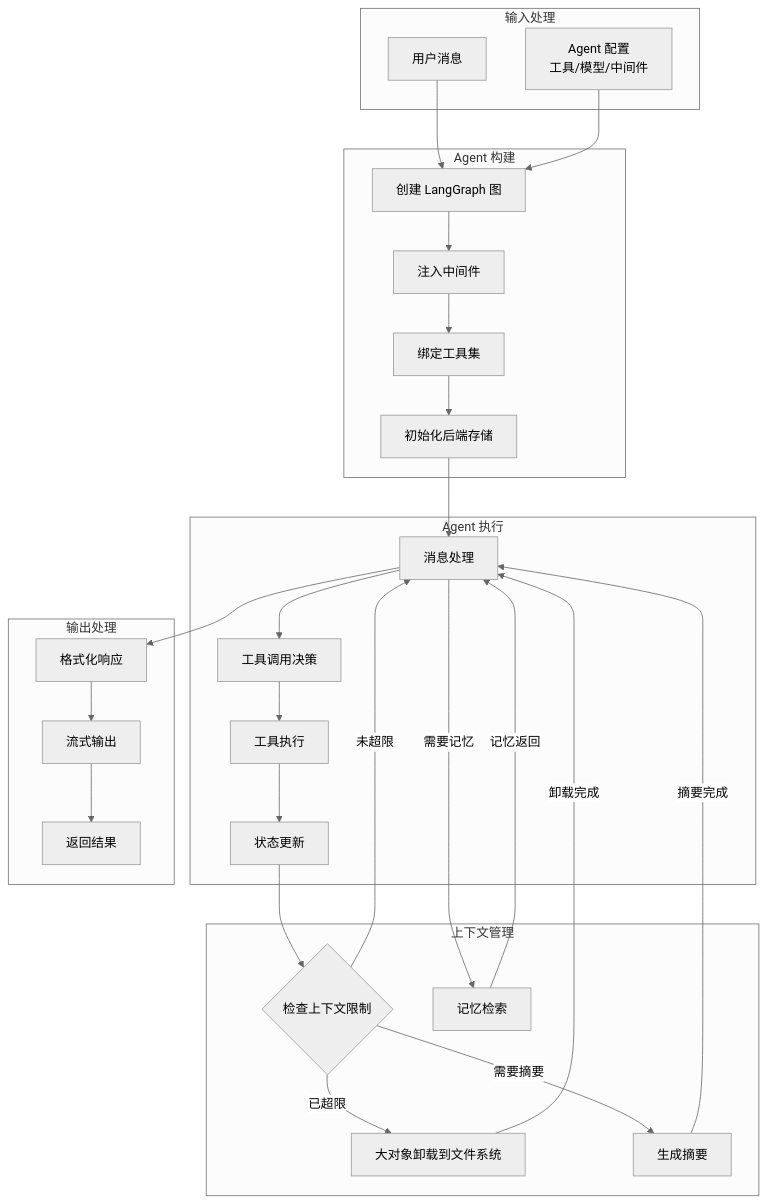
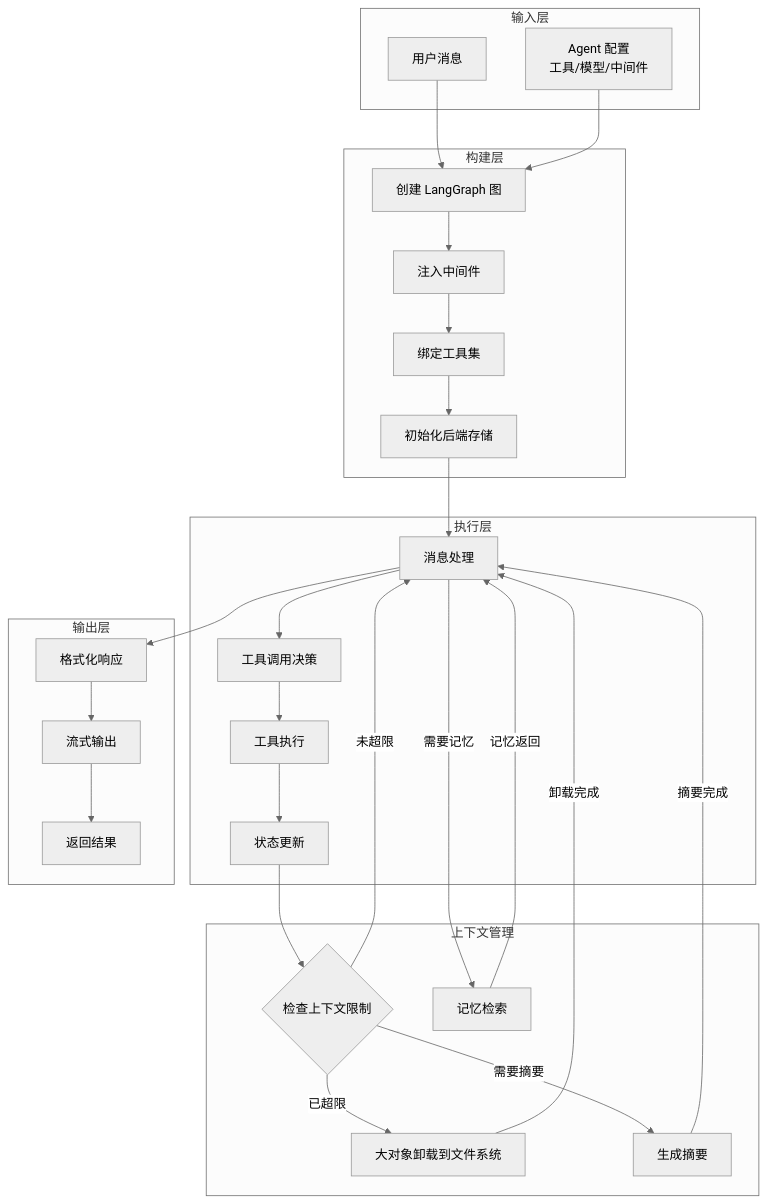
Before and after one commit to leizhuang1332/minerbot: the seventh of 7 diagrams in docs/deepagents-research.md, drawn with Mermaid (neutral theme). The commit also changed other lines of this file and 30 other files, not shown here.

````diff
--- a/docs/deepagents-research.md
+++ b/docs/deepagents-research.md
@@ -527,55 +527,55 @@
 ```mermaid
 flowchart TD
-    subgraph 输入层["输入处理"]
+    subgraph 输入层
         用户输入[用户消息]
         配置参数[Agent 配置<br/>工具/模型/中间件]
     end
 
-    subgraph 构建层["Agent 构建"]
+    subgraph 构建层
         基础图[创建 LangGraph 图]
         中间件注入[注入中间件]
         工具绑定[绑定工具集]
         后端初始化[初始化后端存储]
     end
 
-    subgraph 执行层["Agent 执行"]
+    subgraph 执行层
         消息处理[消息处理]
         工具决策[工具调用决策]
         工具执行[工具执行]
         状态更新[状态更新]
     end
 
-    subgraph 上下文管理["上下文管理"]
+    subgraph 上下文管理
         上下文检查{检查上下文限制}
         大对象卸载[大对象卸载到文件系统]
         消息摘要[生成摘要]
         记忆检索[记忆检索]
     end
 
-    subgraph 输出层["输出处理"]
+    subgraph 输出层
         响应格式化[格式化响应]
         流式输出[流式输出]
         结果返回[返回结果]
     end
 
     用户输入 --> 基础图
     配置参数 --> 基础图
     基础图 --> 中间件注入
     中间件注入 --> 工具绑定
     工具绑定 --> 后端初始化
     后端初始化 --> 消息处理
     消息处理 --> 工具决策
     工具决策 --> 工具执行
     工具执行 --> 状态更新
     状态更新 --> 上下文检查
     上下文检查 -->|未超限| 消息处理
     上下文检查 -->|已超限| 大对象卸载
     大对象卸载 -->|卸载完成| 消息处理
     上下文检查 -->|需要摘要| 消息摘要
     消息摘要 -->|摘要完成| 消息处理
     消息处理 -->|需要记忆| 记忆检索
     记忆检索 -->|记忆返回| 消息处理
     消息处理 --> 响应格式化
     响应格式化 --> 流式输出
     流式输出 --> 结果返回
 ```
````
